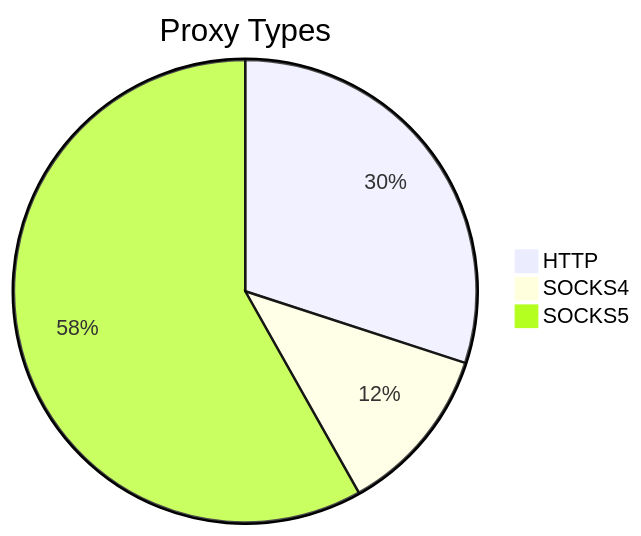
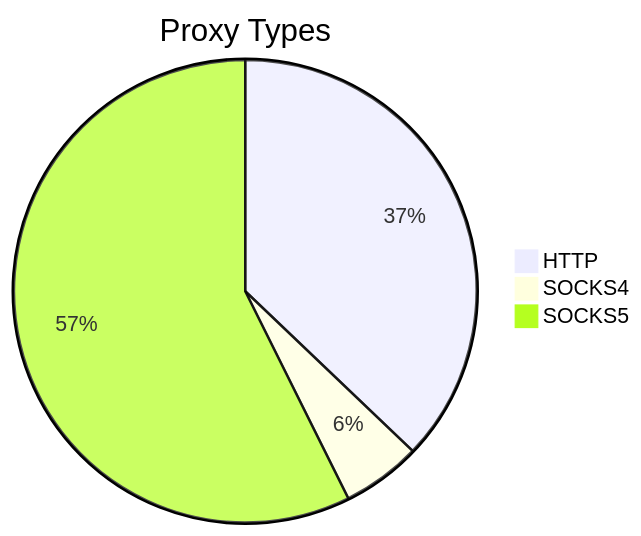
One commit to stormsia/proxy-list changed the first of 2 diagrams in README.md. Above: the diagram before and after it, drawn with Mermaid. The commit also changed other lines of this file, not shown here.

````diff
--- a/README.md
+++ b/README.md
@@ -21,6 +21,6 @@
 ```mermaid
 pie title Proxy Types
-    "HTTP" : 371
-    "SOCKS4" : 146
-    "SOCKS5" : 719
+    "HTTP" : 235
+    "SOCKS4" : 35
+    "SOCKS5" : 363
 ```
````
